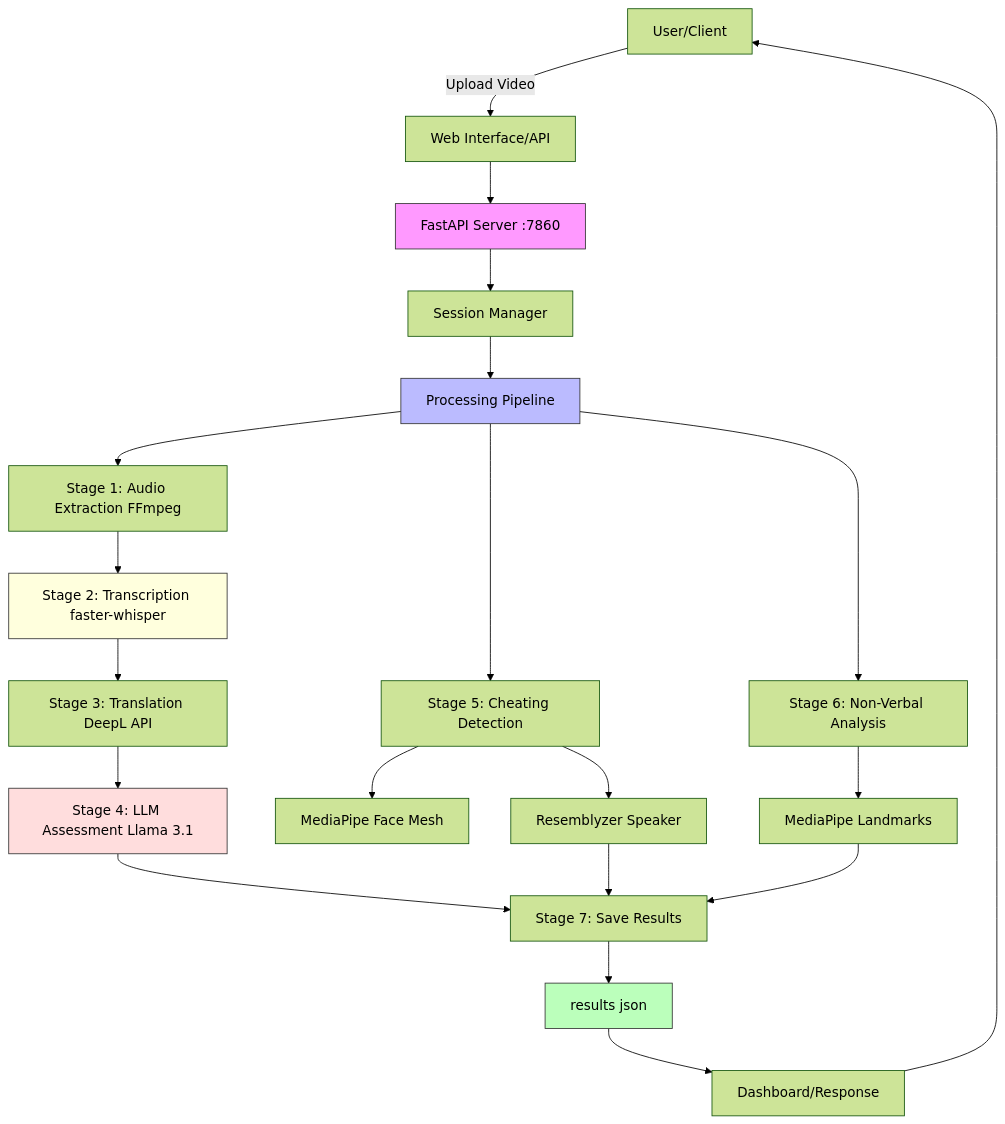
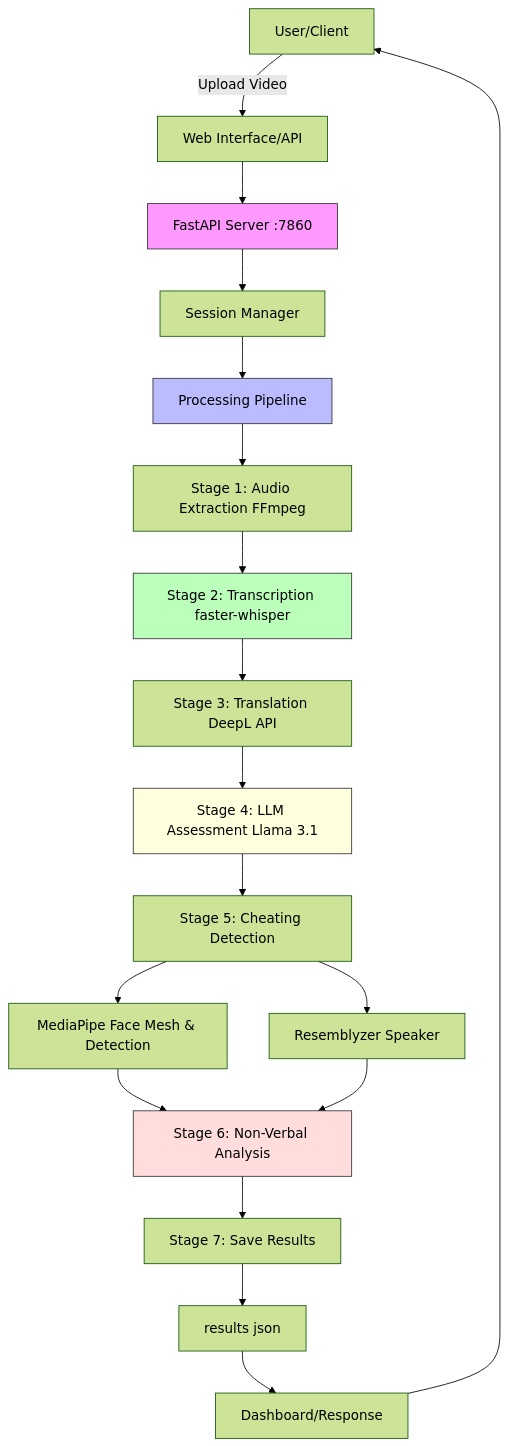
One commit to dapakyuu/Interview_Assesment_System changed the first of 4 diagrams in mkdocs/docs/development/architecture.md. Above: the diagram before and after it, drawn with Mermaid (forest theme). The commit also changed 3 other files, not shown here.

````diff
--- a/mkdocs/docs/development/architecture.md
+++ b/mkdocs/docs/development/architecture.md
@@ -9,33 +9,31 @@
 ```mermaid
 graph TB
     A["User/Client"] -->|"Upload Video"| B["Web Interface/API"]
     B --> C["FastAPI Server :7860"]
     C --> D["Session Manager"]
     D --> E["Processing Pipeline"]
 
-    E --> F1["Stage 1: Audio Extraction FFmpeg"]
-    F1 --> F2["Stage 2: Transcription faster-whisper"]
-    F2 --> F3["Stage 3: Translation DeepL API"]
-    F3 --> F4["Stage 4: LLM Assessment Llama 3.1"]
+    E --> F["Stage 1: Audio Extraction FFmpeg"]
+    F --> G["Stage 2: Transcription faster-whisper"]
+    G --> H["Stage 3: Translation DeepL API"]
+    H --> I["Stage 4: LLM Assessment Llama 3.1"]
 
-    E --> G1["Stage 5: Cheating Detection"]
-    G1 --> G2["MediaPipe Face Mesh"]
-    G1 --> G3["Resemblyzer Speaker"]
+    I --> J["Stage 5: Cheating Detection"]
+    J --> K1["MediaPipe Face Mesh & Detection"]
+    J --> K2["Resemblyzer Speaker"]
 
-    E --> H["Stage 6: Non-Verbal Analysis"]
-    H --> I["MediaPipe Landmarks"]
+    K1 --> L["Stage 6: Non-Verbal Analysis"]
+    K2 --> L["Stage 6: Non-Verbal Analysis"]
 
-    F4 --> J["Stage 7: Save Results"]
-    G3 --> J
-    I --> J
+    L --> M["Stage 7: Save Results"]
 
-    J --> K["results json"]
-    K --> L["Dashboard/Response"]
-    L --> A
+    M --> N["results json"]
+    N --> O["Dashboard/Response"]
+    O --> A
 
     style C fill:#f9f,stroke:#333
     style E fill:#bbf,stroke:#333
-    style K fill:#bfb,stroke:#333
-    style F2 fill:#ffd,stroke:#333
-    style F4 fill:#fdd,stroke:#333
+    style G fill:#bfb,stroke:#333
+    style I fill:#ffd,stroke:#333
+    style L fill:#fdd,stroke:#333
 ```
````
